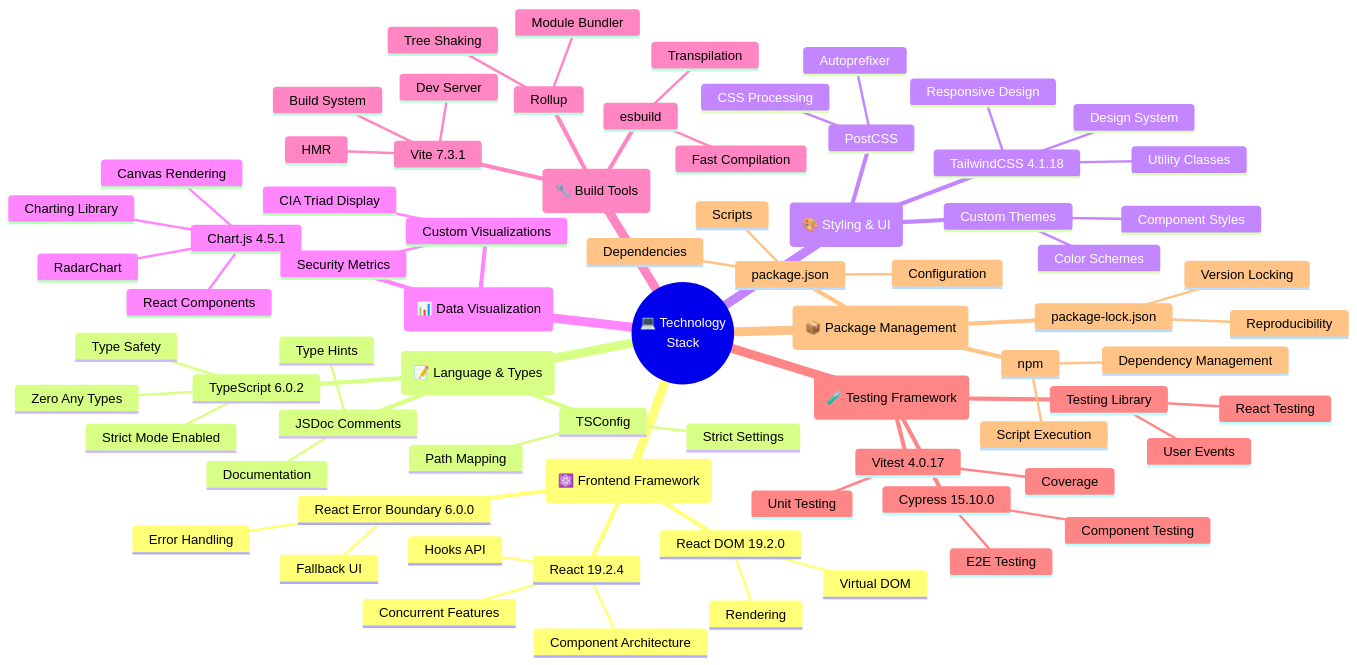
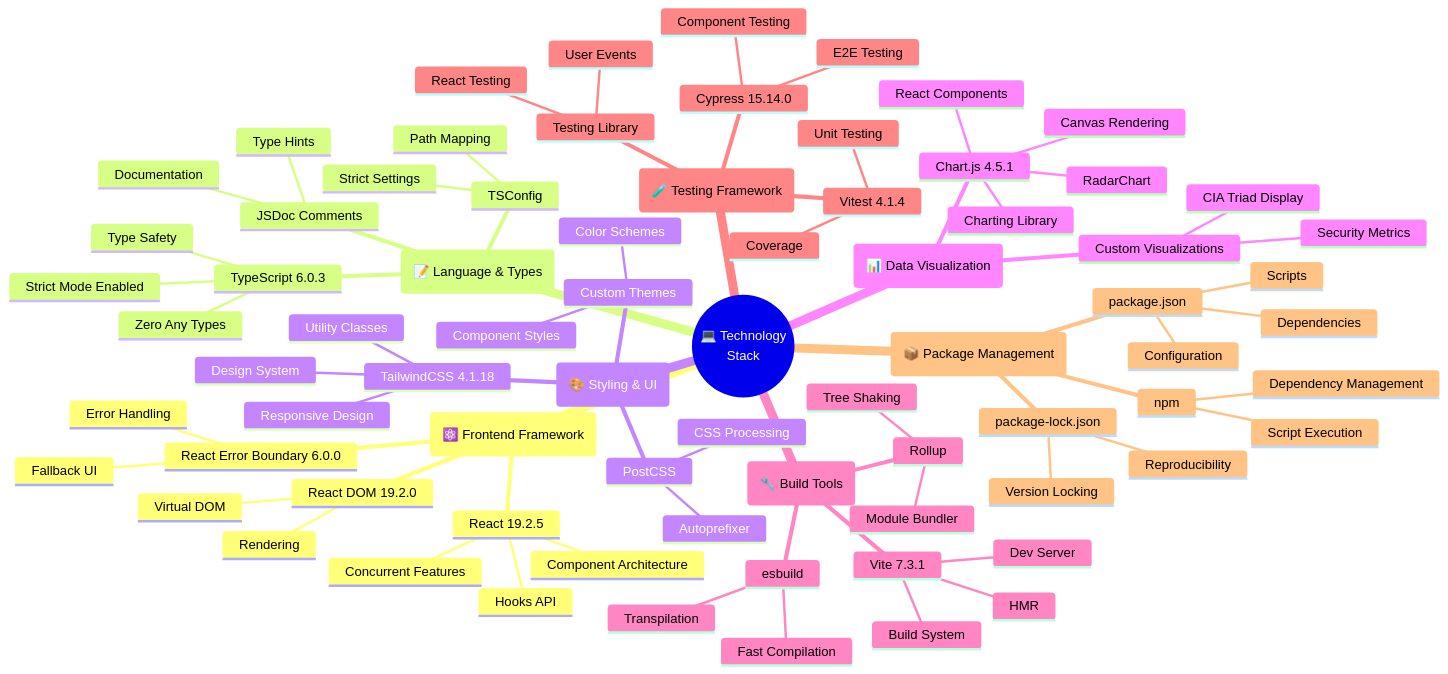
The eighth of 13 diagrams in docs/architecture/MINDMAP.md (step-security-bot/cia-compliance-manager), drawn with Mermaid before and after one commit. The commit also changed other lines of this file and 12 other files, not shown here.

````diff
--- a/docs/architecture/MINDMAP.md
+++ b/docs/architecture/MINDMAP.md
@@ -697,78 +697,78 @@
 ```mermaid
 mindmap
   root((💻 Technology<br/>Stack))
     (⚛️ Frontend Framework)
-      React 19.2.4
+      React 19.2.5
         Component Architecture
         Hooks API
         Concurrent Features
       React DOM 19.2.0
         Virtual DOM
         Rendering
       React Error Boundary 6.0.0
         Error Handling
         Fallback UI
     (📝 Language & Types)
-      TypeScript 6.0.2
+      TypeScript 6.0.3
         Strict Mode Enabled
         Zero Any Types
         Type Safety
       JSDoc Comments
         Documentation
         Type Hints
       TSConfig
         Strict Settings
         Path Mapping
     (🎨 Styling & UI)
       TailwindCSS 4.1.18
         Utility Classes
         Design System
         Responsive Design
       PostCSS
         CSS Processing
         Autoprefixer
       Custom Themes
         Color Schemes
         Component Styles
     (📊 Data Visualization)
       Chart.js 4.5.1
         Charting Library
         Canvas Rendering
         React Components
         RadarChart
       Custom Visualizations
         CIA Triad Display
         Security Metrics
     (🔧 Build Tools)
       Vite 7.3.1
         Dev Server
         Build System
         HMR
       Rollup
         Module Bundler
         Tree Shaking
       esbuild
         Fast Compilation
         Transpilation
     (🧪 Testing Framework)
-      Vitest 4.0.17
+      Vitest 4.1.4
         Unit Testing
         Coverage
-      Cypress 15.10.0
+      Cypress 15.14.0
         E2E Testing
         Component Testing
       Testing Library
         React Testing
         User Events
     (📦 Package Management)
       npm
         Dependency Management
         Script Execution
       package.json
         Dependencies
         Scripts
         Configuration
       package-lock.json
         Version Locking
         Reproducibility
 ```
````
